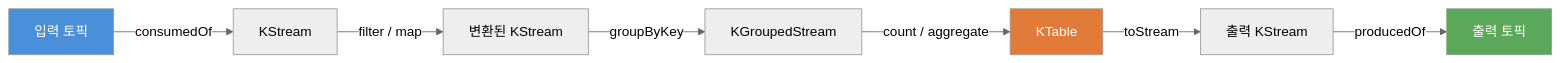
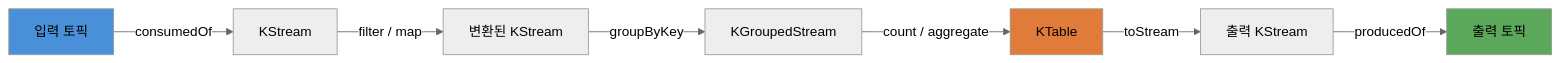
Before and after one commit to bluetape4k/bluetape4k-projects: the third of 3 diagrams in infra/kafka/README.md, drawn with Mermaid (neutral theme). The commit also changed 74 other files, not shown here.

First line of the commit message:
docs: bluetape4k/core/coroutines/logging, io/feign~vertx README 색상 Mermaid UML 추가

````diff
--- a/infra/kafka/README.md
+++ b/infra/kafka/README.md
@@ -429,13 +429,13 @@
 ```mermaid
 flowchart LR
     IT[입력 토픽] -->|consumedOf| KS[KStream]
     KS -->|filter / map| KS2[변환된 KStream]
     KS2 -->|groupByKey| KG[KGroupedStream]
     KG -->|count / aggregate| KT[KTable]
     KT -->|toStream| OS[출력 KStream]
     OS -->|producedOf| OT[출력 토픽]
 
-    style IT fill:#4a90d9,color:#fff
-    style OT fill:#5ba85a,color:#fff
-    style KT fill:#e07b39,color:#fff
+    style IT fill:#4a90d9
+    style OT fill:#5ba85a
+    style KT fill:#e07b39
 ```
````
